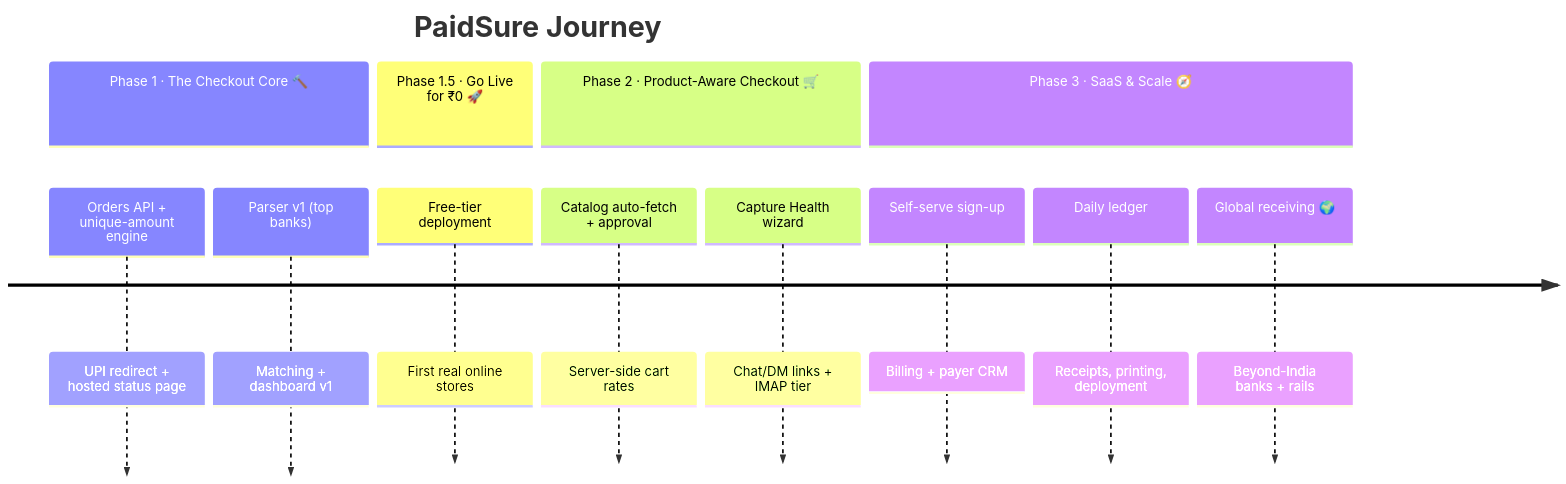
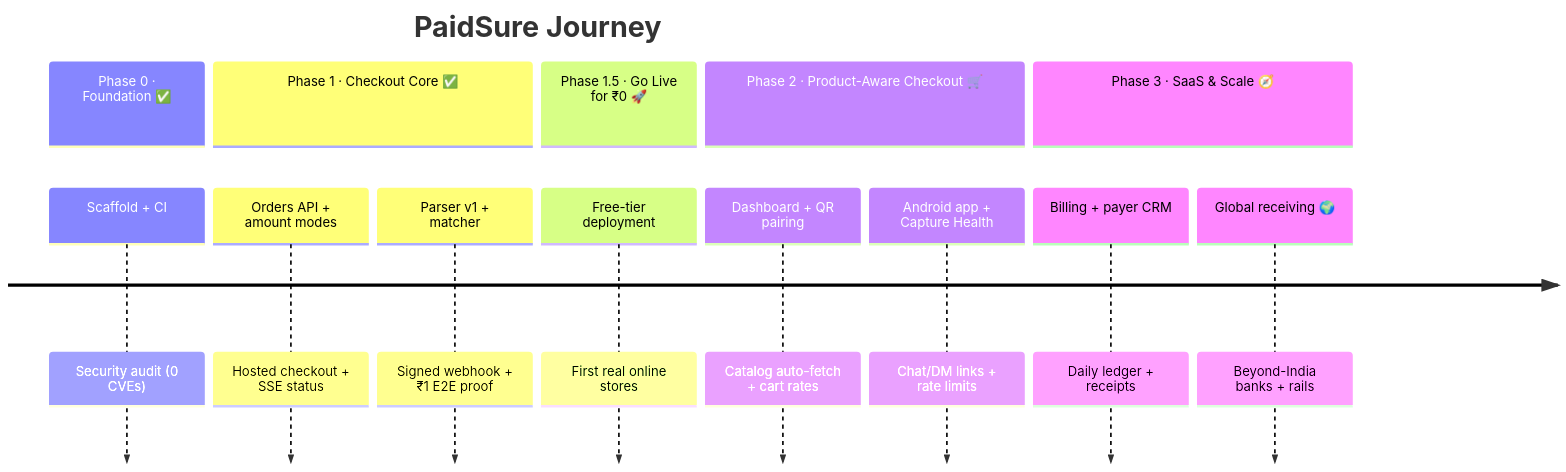
Before and after one commit to aravind220806/Paid_Sure: the third of 3 diagrams in README.md, drawn with Mermaid. The commit also changed other lines of this file and 22 other files, not shown here.

````diff
--- a/README.md
+++ b/README.md
@@ -321,16 +410,17 @@
 ```mermaid
 timeline
     title PaidSure Journey
-    section Phase 1 · The Checkout Core 🔨
-        Orders API + unique-amount engine : UPI redirect + hosted status page
-        Parser v1 (top banks)             : Matching + dashboard v1
+    section Phase 0 · Foundation ✅
+        Scaffold + CI                : Security audit (0 CVEs)
+    section Phase 1 · Checkout Core ✅
+        Orders API + amount modes    : Hosted checkout + SSE status
+        Parser v1 + matcher          : Signed webhook + ₹1 E2E proof
     section Phase 1.5 · Go Live for ₹0 🚀
-        Free-tier deployment              : First real online stores
+        Free-tier deployment         : First real online stores
     section Phase 2 · Product-Aware Checkout 🛒
-        Catalog auto-fetch + approval     : Server-side cart rates
-        Capture Health wizard             : Chat/DM links + IMAP tier
+        Dashboard + QR pairing       : Catalog auto-fetch + cart rates
+        Android app + Capture Health : Chat/DM links + rate limits
     section Phase 3 · SaaS & Scale 🧭
-        Self-serve sign-up                : Billing + payer CRM
-        Daily ledger                      : Receipts, printing, deployment
-        Global receiving 🌍               : Beyond-India banks + rails
+        Billing + payer CRM          : Daily ledger + receipts
+        Global receiving 🌍          : Beyond-India banks + rails
 ```
````
